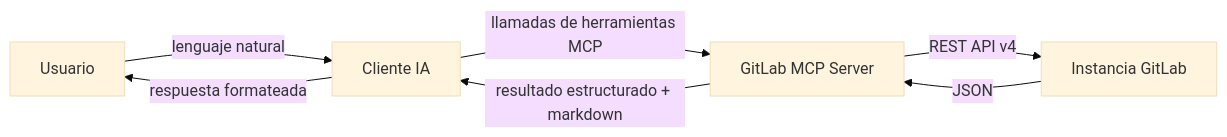
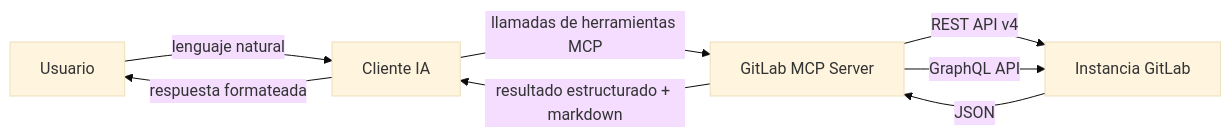
Before and after one commit to jmrplens/gitlab-mcp-server: the first of 4 diagrams in site/src/content/docs/es/architecture.mdx, drawn with Mermaid (base theme). The commit also changed other lines of this file and 61 other files, not shown here.

First line of the commit message:
feat(epics): migrate epic domain to Work Items GraphQL API

````diff
--- a/site/src/content/docs/es/architecture.mdx
+++ b/site/src/content/docs/es/architecture.mdx
@@ -14,9 +14,10 @@
 ```mermaid
 graph LR
     U[Usuario] -->|lenguaje natural| AI[Cliente IA]
     AI -->|llamadas de herramientas MCP| S[GitLab MCP Server]
     S -->|REST API v4| G[Instancia GitLab]
+    S -->|GraphQL API| G
     G -->|JSON| S
     S -->|resultado estructurado + markdown| AI
     AI -->|respuesta formateada| U
 ```
````
